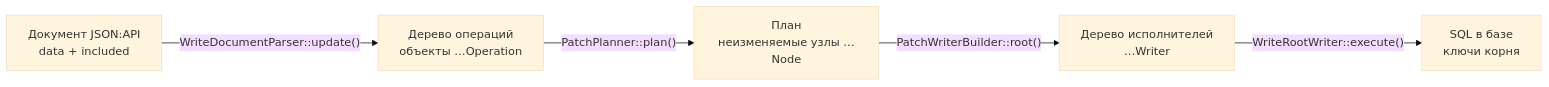
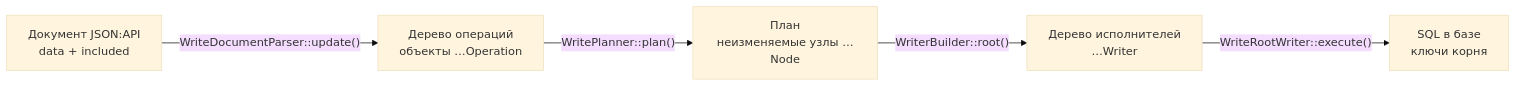
One commit to eduard-gr/jsonapi-engine changed the first of 3 diagrams in example/patch-document.md. Above: the diagram before and after it, drawn with Mermaid (base theme). The commit also changed other lines of this file and 73 other files, not shown here.

First line of the commit message:
move the write pipeline (POST/PATCH/DELETE) from the prototype to src

````diff
--- a/example/patch-document.md
+++ b/example/patch-document.md
@@ -31,7 +32,7 @@
 ```mermaid
 flowchart LR
     A["Документ JSON:API<br/>data + included"] -->|"WriteDocumentParser::update()"| B["Дерево операций<br/>объекты …Operation"]
-    B -->|"PatchPlanner::plan()"| C["План<br/>неизменяемые узлы …Node"]
-    C -->|"PatchWriterBuilder::root()"| D["Дерево исполнителей<br/>…Writer"]
+    B -->|"WritePlanner::plan()"| C["План<br/>неизменяемые узлы …Node"]
+    C -->|"WriterBuilder::root()"| D["Дерево исполнителей<br/>…Writer"]
     D -->|"WriteRootWriter::execute()"| E["SQL в базе<br/>ключи корня"]
 ```
````
